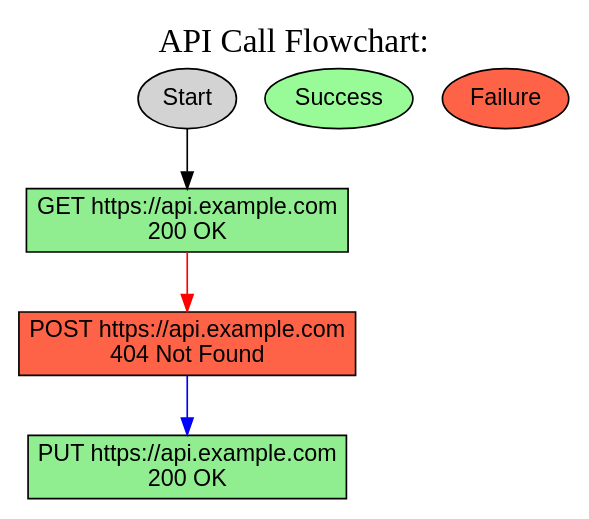
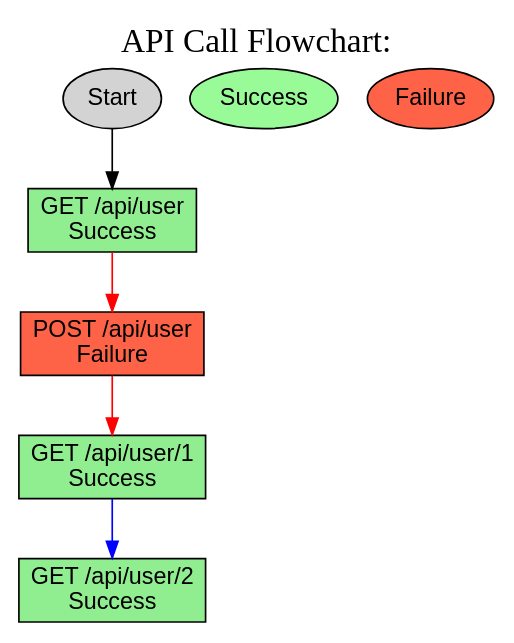
Before and after one commit to VrushankiPatel/EazyViz: the diagram in api-flow.dot, drawn with Graphviz. The commit also changed 2 other files, not shown here.

```diff
--- a/api-flow.dot
+++ b/api-flow.dot
@@ -1,30 +1,33 @@
 digraph APIFlowchart {
             // Global settings for appearance
             node [shape=box, style="filled", fontname="Arial"];
             edge [fontname="Arial"];
             // Start of the API flow
             start [label="Start", shape=oval, fillcolor="#D3D3D3"];
         
             // API Call Nodes
-            "GET https://api.example.com" [label="GET https://api.example.com\n200 OK", shape=box, fillcolor="#90EE90"];
-            "POST https://api.example.com" [label="POST https://api.example.com\n404 Not Found", shape=box, fillcolor="#FF6347"];
-            "PUT https://api.example.com" [label="PUT https://api.example.com\n200 OK", shape=box, fillcolor="#90EE90"];
+            "GET /api/user" [label="GET /api/user\nSuccess", shape=box, fillcolor="#90EE90"];
+            "POST /api/user" [label="POST /api/user\nFailure", shape=box, fillcolor="#FF6347"];
+            "GET /api/user/1" [label="GET /api/user/1\nSuccess", shape=box, fillcolor="#90EE90"];
+            "GET /api/user/2" [label="GET /api/user/2\nSuccess", shape=box, fillcolor="#90EE90"];
         
             // Outcome Status Nodes
             success [label="Success", shape=ellipse, fillcolor="#98FB98"];
             failure [label="Failure", shape=ellipse, fillcolor="#FF6347"];
         
             // Flow and Decisions
-            start -> "GET https://api.example.com";
-            "GET https://api.example.com" -> "POST https://api.example.com" [color="red"];
-            "POST https://api.example.com" -> "PUT https://api.example.com" [color="blue"];
+            start -> "GET /api/user"
+            "GET /api/user" -> "POST /api/user" [color="red"];
+            "POST /api/user" -> "GET /api/user/1" [color="red"];
+            "GET /api/user/1" -> "GET /api/user/2" [color="blue"];
         
             // Actual Outcomes as per CSV data (highlighted path)
-            "GET https://api.example.com"  ;
-            "POST https://api.example.com"  ;
+            "GET /api/user"  ;
+            "POST /api/user"  ;
+            "GET /api/user/1"  ;
         
             // Customizing the appearance
             label="API Call Flowchart:";
             fontsize=20;
             labelloc="t";
         }
```
